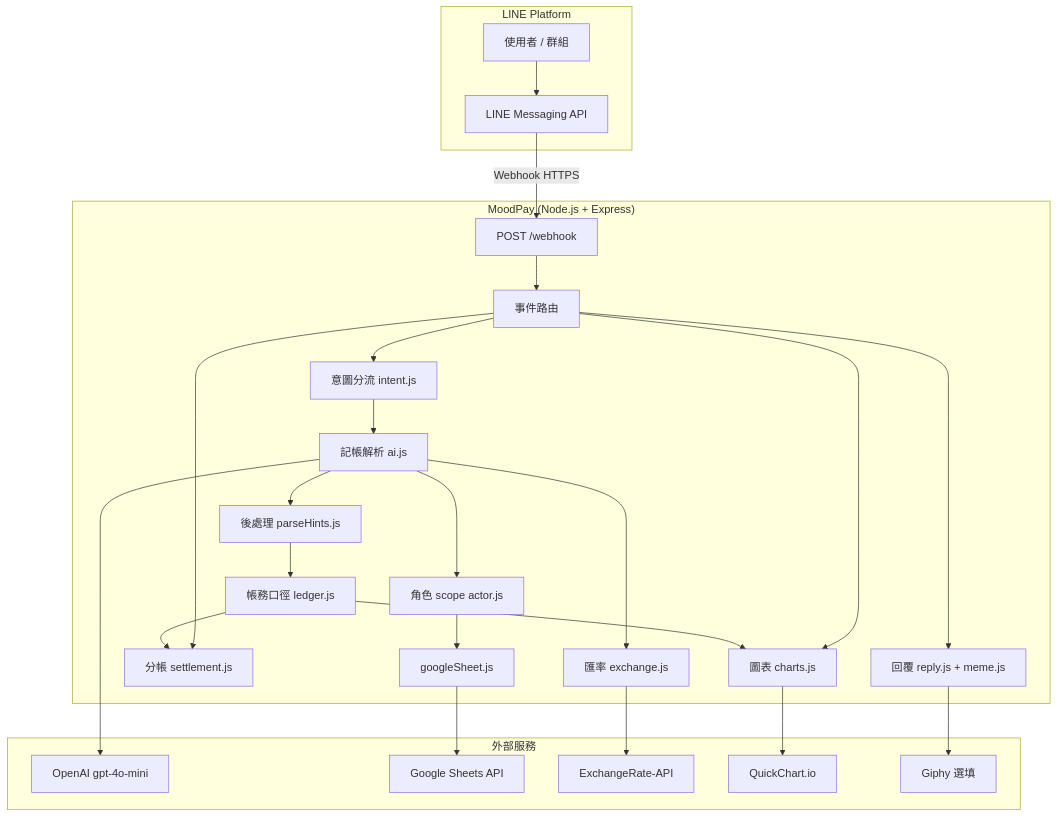
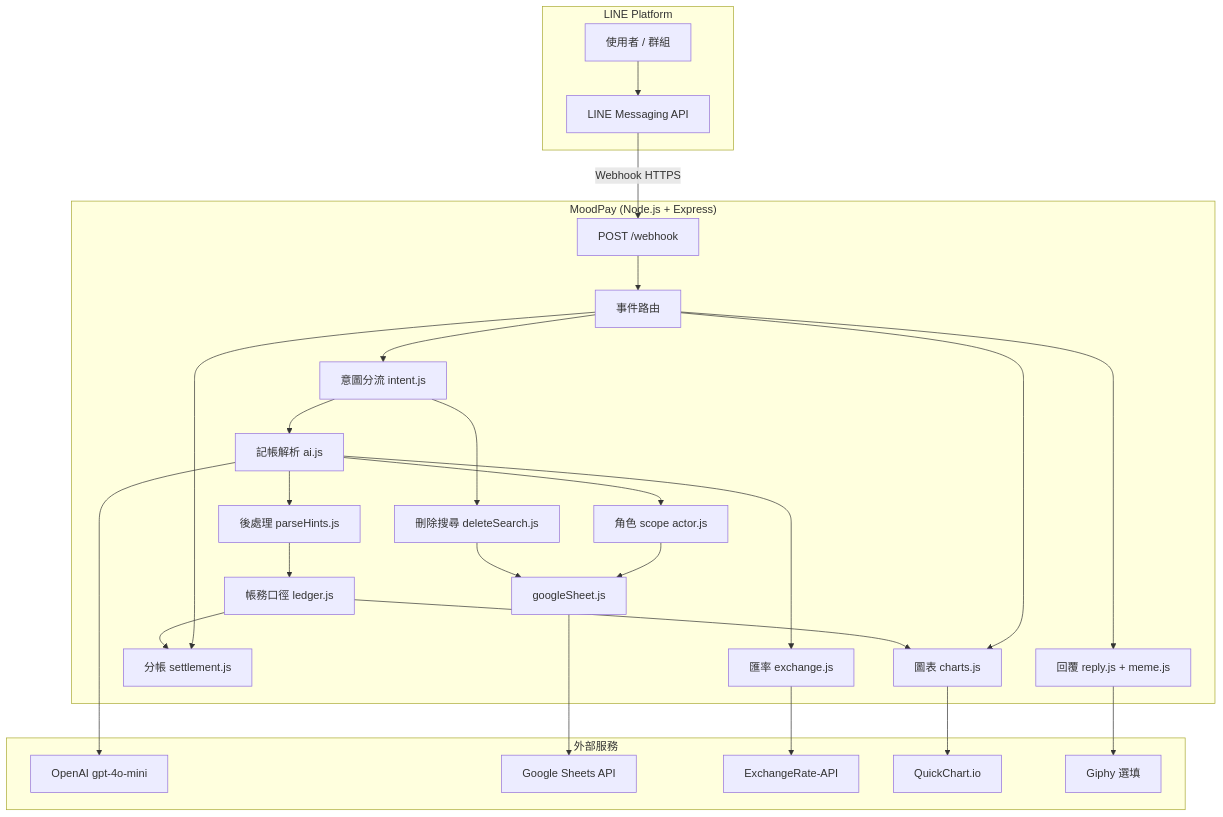
Before and after one commit to hiiameartha/ai-split-bot: the diagram in README.md, drawn with Mermaid. The commit also changed other lines of this file, not shown here.

````diff
--- a/README.md
+++ b/README.md
@@ -25,51 +25,54 @@
 ```mermaid
 flowchart TB
   subgraph LINE["LINE Platform"]
     User[使用者 / 群組]
     LINEAPI[LINE Messaging API]
   end
 
   subgraph App["MoodPay (Node.js + Express)"]
     WH["POST /webhook"]
     Router[事件路由]
     Intent[意圖分流 intent.js]
+    DelSearch[刪除搜尋 deleteSearch.js]
     AI[記帳解析 ai.js]
     Hints[後處理 parseHints.js]
     Ledger[帳務口徑 ledger.js]
     Actor[角色 scope actor.js]
     FX[匯率 exchange.js]
     Settle[分帳 settlement.js]
     Chart[圖表 charts.js]
     Reply[回覆 reply.js + meme.js]
     Sheet[googleSheet.js]
   end
 
   subgraph External["外部服務"]
     OpenAI[OpenAI gpt-4o-mini]
     GSheet[Google Sheets API]
     ER[ExchangeRate-API]
     QC[QuickChart.io]
     Giphy[Giphy 選填]
   end
 
   User --> LINEAPI
   LINEAPI -->|Webhook HTTPS| WH
   WH --> Router
   Router --> Intent
+  Intent --> DelSearch
+  DelSearch --> Sheet
   Intent --> AI
   AI --> Hints
   Hints --> Ledger
   AI --> Actor
   AI --> FX
   Actor --> Sheet
   Ledger --> Chart
   Ledger --> Settle
   Router --> Settle
   Router --> Chart
   Chart --> QC
   Router --> Reply
   Reply --> Giphy
   AI --> OpenAI
   Sheet --> GSheet
   FX --> ER
 ```
````
